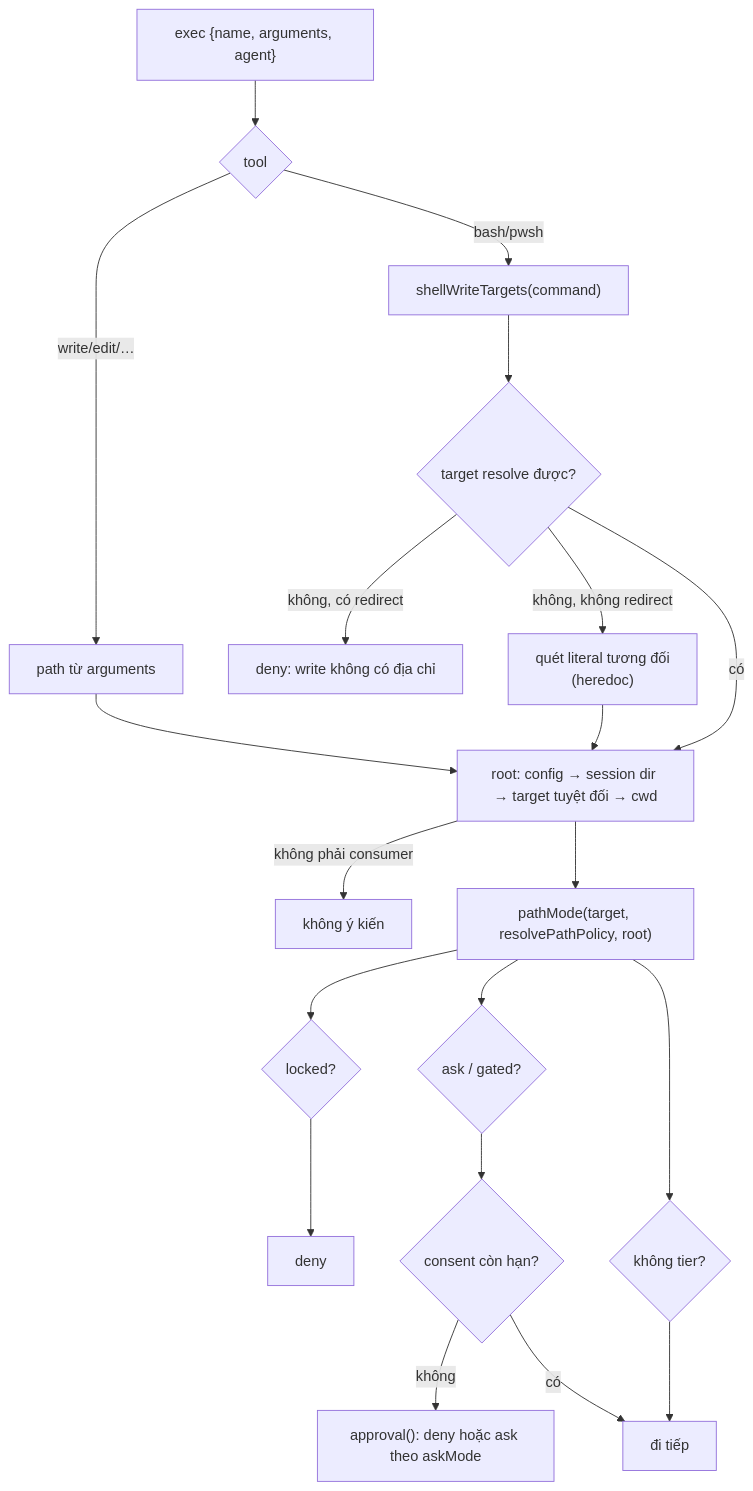
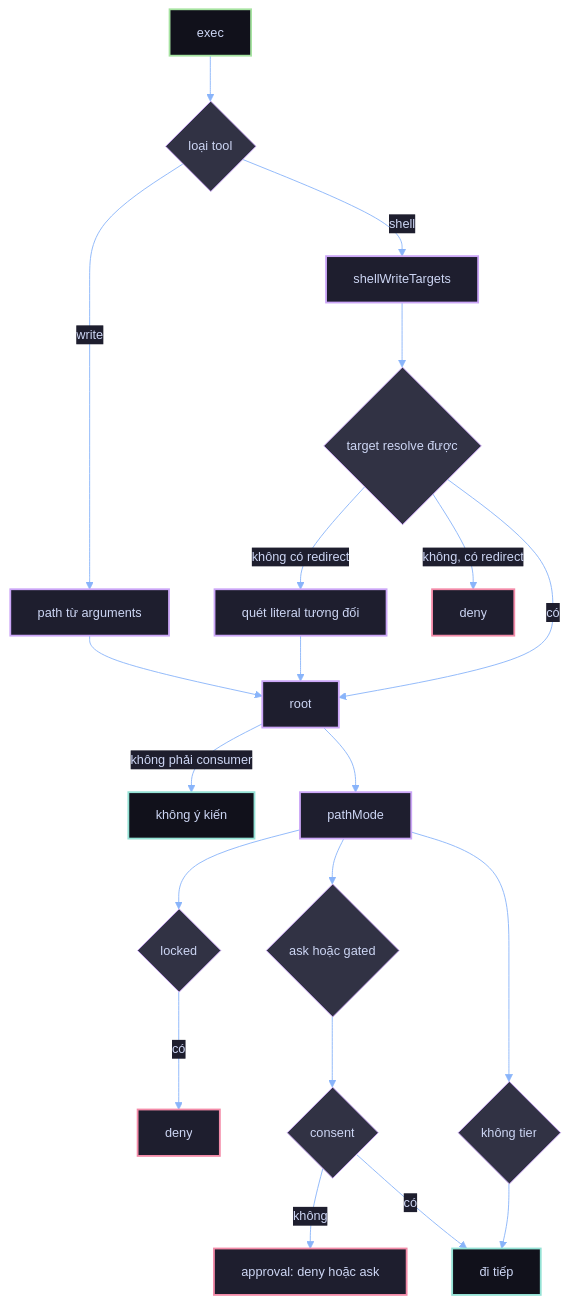
Before and after one commit to thangs2/harness-eso: the fourth of 8 diagrams in documents/07.how-it-works/03.pipelines.md, drawn with Mermaid. The commit also changed other lines of this file and 10 other files, not shown here.

First line of the commit message:
docs: redraw the how-it-works pack under one mermaid standard

````diff
--- a/documents/07.how-it-works/03.pipelines.md
+++ b/documents/07.how-it-works/03.pipelines.md
@@ -69,22 +86,29 @@
 ```mermaid
+%%{init: {"theme": "base", "themeVariables": {"background": "#1e1e2e", "primaryColor": "#313244", "primaryTextColor": "#cdd6f4", "primaryBorderColor": "#cba6f7", "lineColor": "#89b4fa", "secondaryColor": "#181825", "tertiaryColor": "#11111b", "clusterBkg": "#181825", "clusterBorder": "#6c7086", "edgeLabelBackground": "#1e1e2e", "fontSize": "14px", "actorBkg": "#313244", "actorBorder": "#cba6f7", "actorTextColor": "#cdd6f4", "signalColor": "#89b4fa", "signalTextColor": "#cdd6f4", "noteBkgColor": "#313244", "noteTextColor": "#cdd6f4", "noteBorderColor": "#f9e2af"}}}%%
 flowchart TB
-  TC["exec {name, arguments, agent}"] --> T{"tool"}
-  T -->|"write/edit/…"| P1["path từ arguments"]
-  T -->|"bash/pwsh"| C1["shellWriteTargets(command)"]
-  C1 --> C2{"target resolve được?"}
-  C2 -->|"không, có redirect"| UNRES["deny: write không có địa chỉ"]
-  C2 -->|"không, không redirect"| LIT["quét literal tương đối\n(heredoc)"]
-  C2 -->|"có"| ROOT
-  P1 --> ROOT["root: config → session dir → target tuyệt đối → cwd"]
-  LIT --> ROOT
-  ROOT -->|"không phải consumer"| NOOP["không ý kiến"]
-  ROOT --> MODE["pathMode(target, resolvePathPolicy, root)"]
-  MODE --> LOCK{"locked?"}
-  LOCK --> DENY["deny"]
-  MODE --> ASK2{"ask / gated?"}
-  ASK2 --> CONS{"consent còn hạn?"}
-  CONS -->|"không"| APPR["approval(): deny hoặc ask theo askMode"]
-  CONS -->|"có"| ALLOW["đi tiếp"]
-  MODE --> FREE{"không tier?"}
-  FREE --> ALLOW
+
+    classDef w fill:#1e1e2e,stroke:#cba6f7,stroke-width:2px,color:#cdd6f4
+    classDef r fill:#11111b,stroke:#94e2d5,stroke-width:2px,color:#cdd6f4
+    classDef shared fill:#11111b,stroke:#a6e3a1,stroke-width:2px,color:#cdd6f4
+    classDef stop fill:#1e1e2e,stroke:#f38ba8,stroke-width:2px,color:#cdd6f4
+
+    TC[exec]:::shared --> T{loại tool}
+    T -->|write| P1[path từ arguments]:::w
+    T -->|shell| C1[shellWriteTargets]:::w
+    C1 --> C2{target resolve được}
+    C2 -->|không có redirect| LIT[quét literal tương đối]:::w
+    C2 -->|không, có redirect| UNRES[deny]:::stop
+    C2 -->|có| ROOT
+    P1 --> ROOT[root]:::w
+    LIT --> ROOT
+    ROOT -->|không phải consumer| NOOP[không ý kiến]:::r
+    ROOT --> MODE[pathMode]:::w
+    MODE --> LOCK{locked}
+    LOCK -->|có| DENY[deny]:::stop
+    MODE --> ASK2{ask hoặc gated}
+    ASK2 --> CONS{consent}
+    CONS -->|không| APPR[approval: deny hoặc ask]:::stop
+    CONS -->|có| ALLOW[đi tiếp]:::r
+    MODE --> FREE{không tier}
+    FREE --> ALLOW
 ```
````
